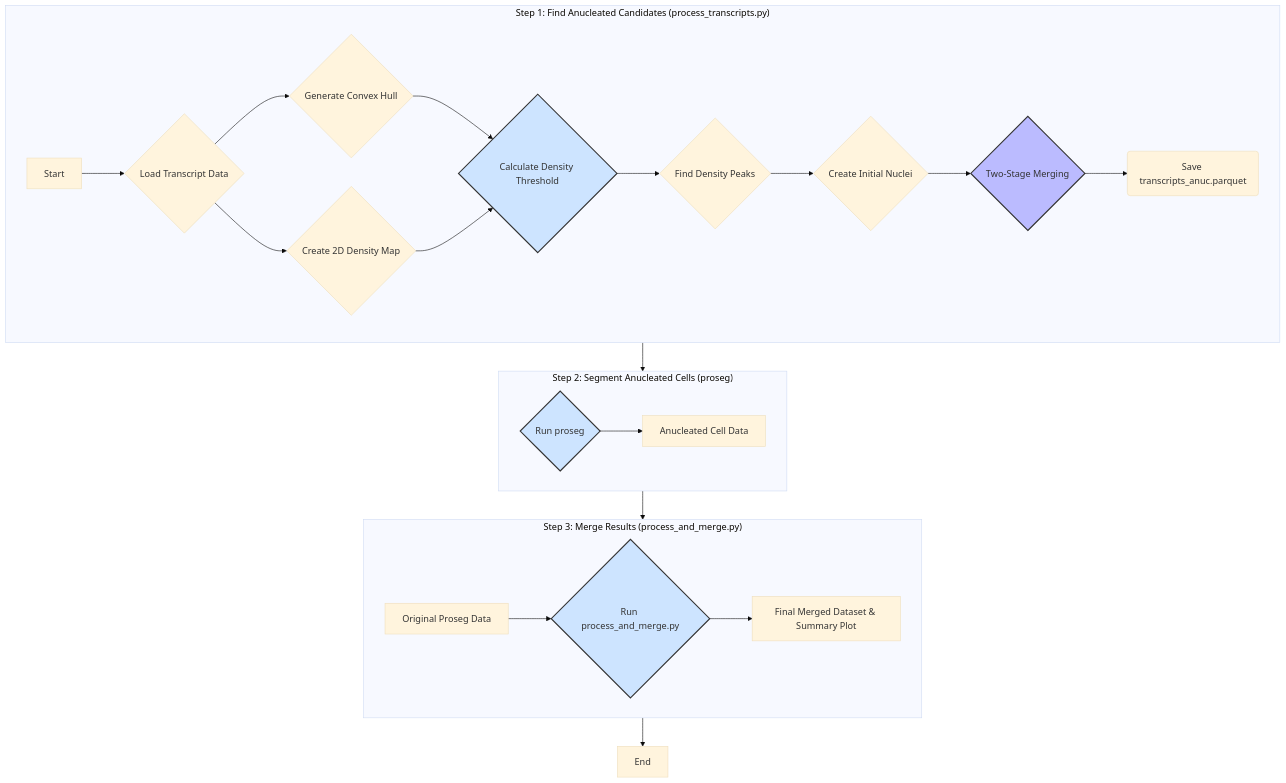
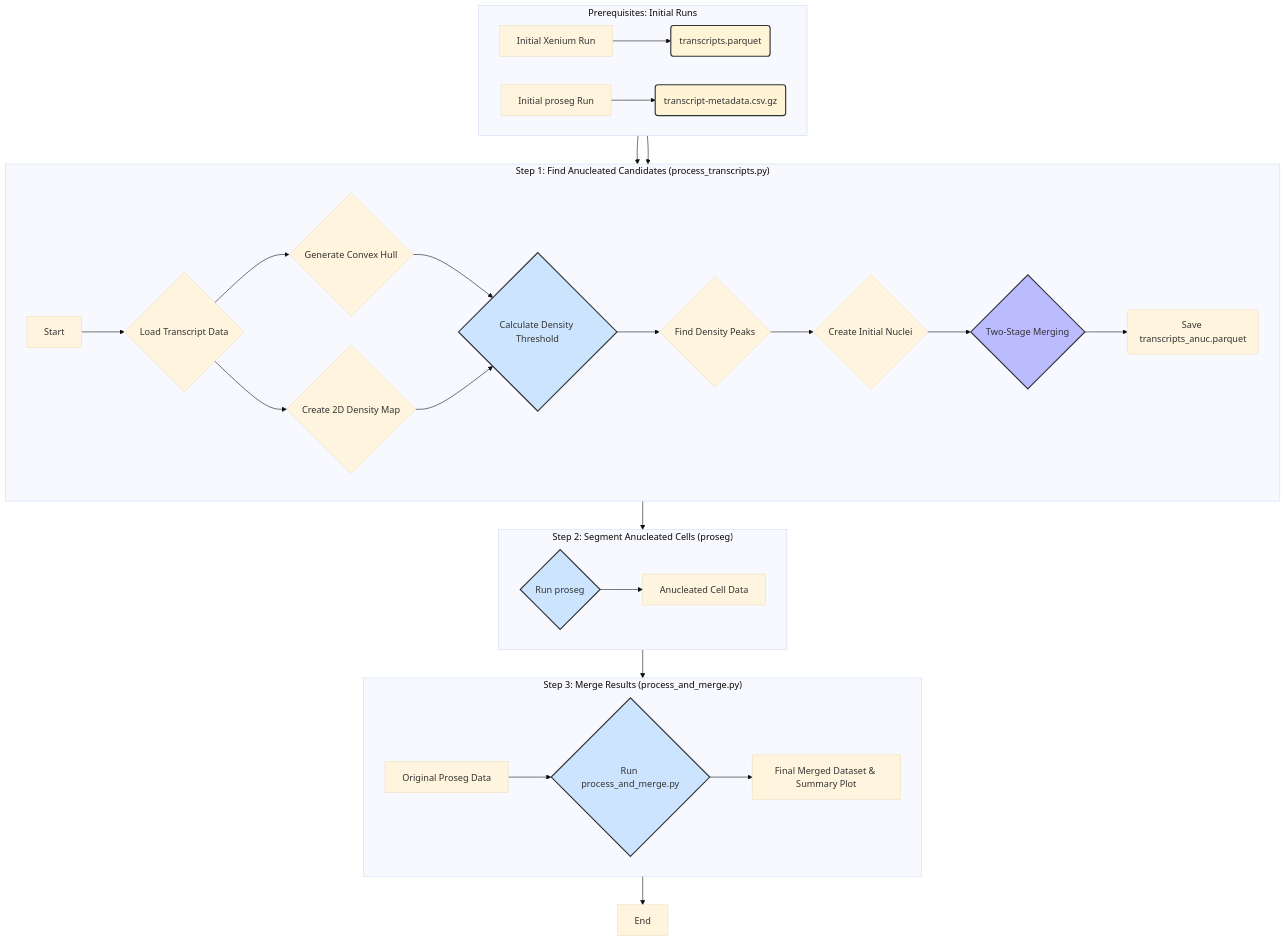
One commit to djhfknapp/anucleated-cell-finder changed the diagram in README.md. Above: the diagram before and after it, drawn with Mermaid (base theme). The commit also changed other lines of this file, not shown here.

Commit message:
Update README.md
Clarified the sources of input files

````diff
--- a/README.md
+++ b/README.md
@@ -20,34 +20,51 @@
 ```mermaid
 graph TD
+    %% === Inputs from initial runs ===
+    subgraph "Prerequisites: Initial Runs"
+        direction LR
+        X[Initial Xenium Run] --> X1(transcripts.parquet);
+        P[Initial proseg Run] --> P1(transcript-metadata.csv.gz);
+    end
+
+    %% === Step 1 ===
     subgraph "Step 1: Find Anucleated Candidates (process_transcripts.py)"
         direction LR
         A[Start] --> B{Load Transcript Data};
         B --> C{Generate Convex Hull};
         B --> D{Create 2D Density Map};
         C & D --> E{Calculate Density Threshold};
         E --> F{Find Density Peaks};
         F --> G{Create Initial Nuclei};
         G --> H{Two-Stage Merging};
         H --> I(Save transcripts_anuc.parquet);
     end
 
+    %% Wire inputs into Step 1
+    X1 --> B
+    P1 --> B
+
+    %% === Step 2 ===
     subgraph "Step 2: Segment Anucleated Cells (proseg)"
         direction LR
         I --> J{Run proseg};
         J --> K[Anucleated Cell Data];
     end
 
+    %% === Step 3 ===
     subgraph "Step 3: Merge Results (process_and_merge.py)"
         direction LR
         L[Original Proseg Data] --> M{Run process_and_merge.py};
         K --> M;
         M --> N[Final Merged Dataset & Summary Plot];
     end
 
     N --> O[End];
 
+    %% Styles
     style E fill:#cde4ff,stroke:#333,stroke-width:2px
     style H fill:#bbf,stroke:#333,stroke-width:2px
     style J fill:#cde4ff,stroke:#333,stroke-width:2px
     style M fill:#cde4ff,stroke:#333,stroke-width:2px
+    style X1 fill:#fff5d6,stroke:#333,stroke-width:2px
+    style P1 fill:#fff5d6,stroke:#333,stroke-width:2px
 ```
````
